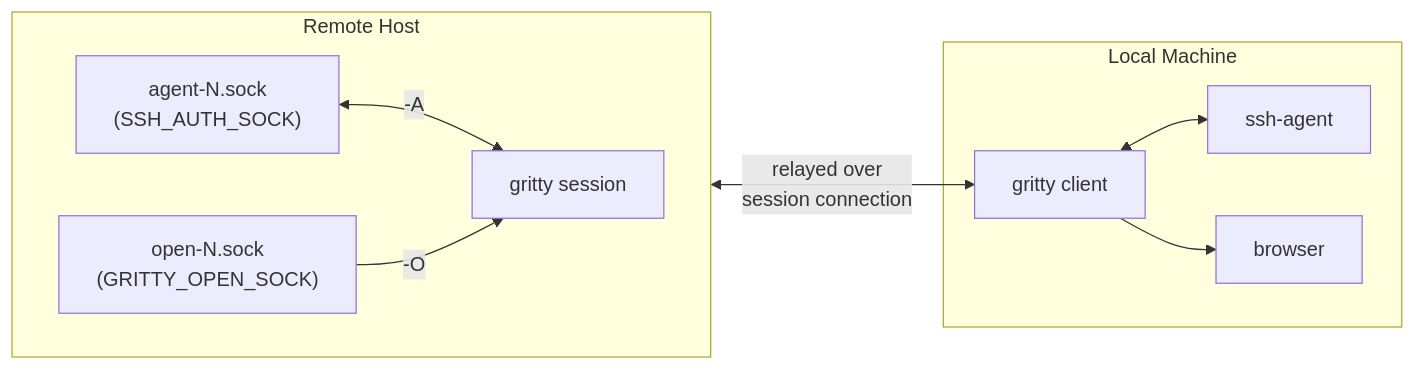
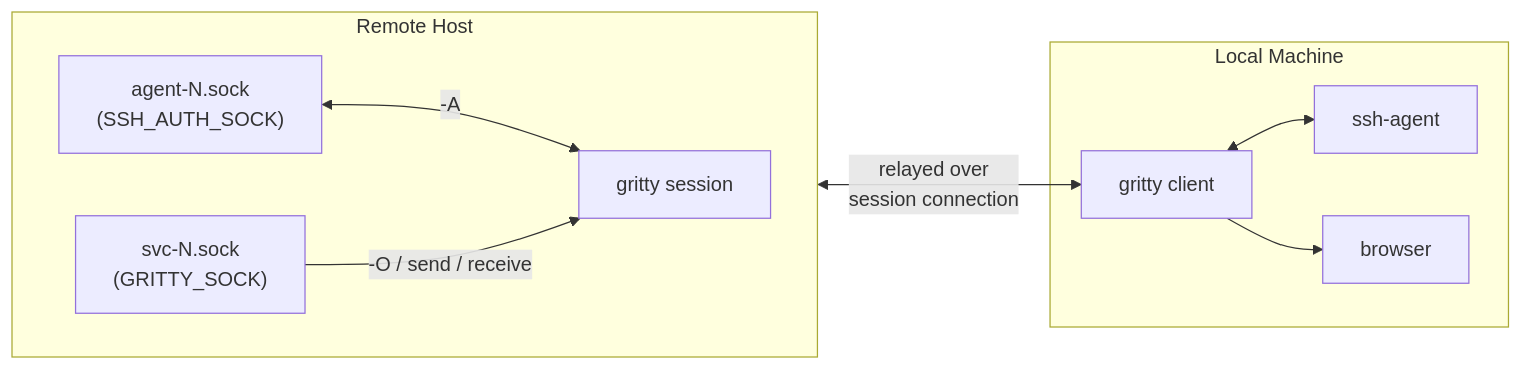
The third of 3 diagrams in README.md (chipturner/gritty), drawn with Mermaid before and after one commit. The commit also changed other lines of this file and 6 other files, not shown here.

First line of the commit message:
refactor: consolidate open + send sockets into unified svc-{id}.sock

````diff
--- a/README.md
+++ b/README.md
@@ -284,21 +284,21 @@
 ```mermaid
 flowchart LR
     subgraph remote["Remote Host"]
         direction LR
         agent_sock["agent-N.sock<br/>(SSH_AUTH_SOCK)"]
-        open_sock["open-N.sock<br/>(GRITTY_OPEN_SOCK)"]
+        svc_sock["svc-N.sock<br/>(GRITTY_SOCK)"]
         S["gritty session"]
         agent_sock <-->|"-A"| S
-        open_sock -->|"-O"| S
+        svc_sock -->|"-O / send / receive"| S
     end
 
     S <-->|"relayed over<br/>session connection"| C
 
     subgraph local["Local Machine"]
         C["gritty client"]
         ssh_agent["ssh-agent"]
         browser["browser"]
         C <--> ssh_agent
         C --> browser
     end
 ```
````
